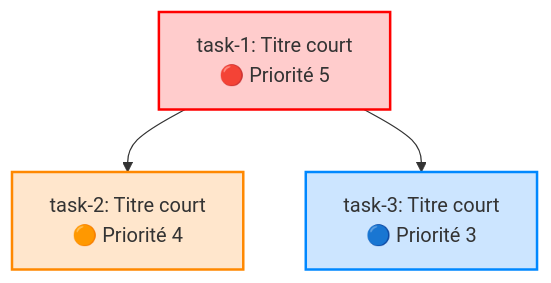
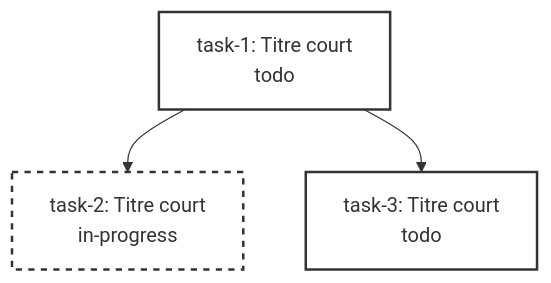
One commit to hjamet/cursor-memory-bank changed the first of 2 diagrams in .cursor/commands/architecte.md. Above: the diagram before and after it, drawn with Mermaid. The commit also changed other lines of this file and 3 other files, not shown here.

````diff
--- a/.cursor/commands/architecte.md
+++ b/.cursor/commands/architecte.md
@@ -170,16 +166,12 @@
 ```mermaid
 graph TD
-    task1["task-1: Titre court<br/>🔴 Priorité 5"]:::priority5
-    task2["task-2: Titre court<br/>🟠 Priorité 4"]:::priority4
-    task3["task-3: Titre court<br/>🔵 Priorité 3"]:::priority3
+    task1["task-1: Titre court<br/>todo"]:::todo
+    task2["task-2: Titre court<br/>in-progress"]:::inprogress
+    task3["task-3: Titre court<br/>todo"]:::todo
     
     task1 --> task2
     task1 --> task3
     
-    classDef priority5 fill:#ffcccc,stroke:#ff0000,stroke-width:2px
-    classDef priority4 fill:#ffe6cc,stroke:#ff8800,stroke-width:2px
-    classDef priority3 fill:#cce5ff,stroke:#0088ff,stroke-width:2px
-    classDef priority2 fill:#ccffcc,stroke:#00aa00,stroke-width:2px
-    classDef priority1 fill:#ccffcc,stroke:#00aa00,stroke-width:2px
-    classDef inprogress stroke-dasharray: 5 5
+    classDef todo fill:#ffffff,stroke:#333333,stroke-width:2px
+    classDef inprogress fill:#ffffff,stroke:#333333,stroke-width:2px,stroke-dasharray: 5 5
 ```
````
